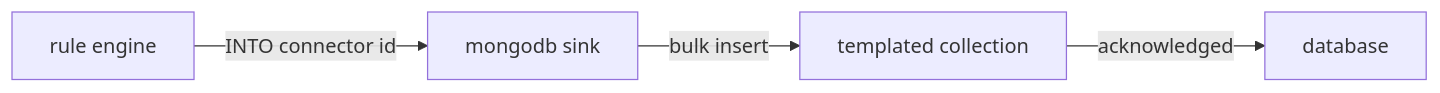
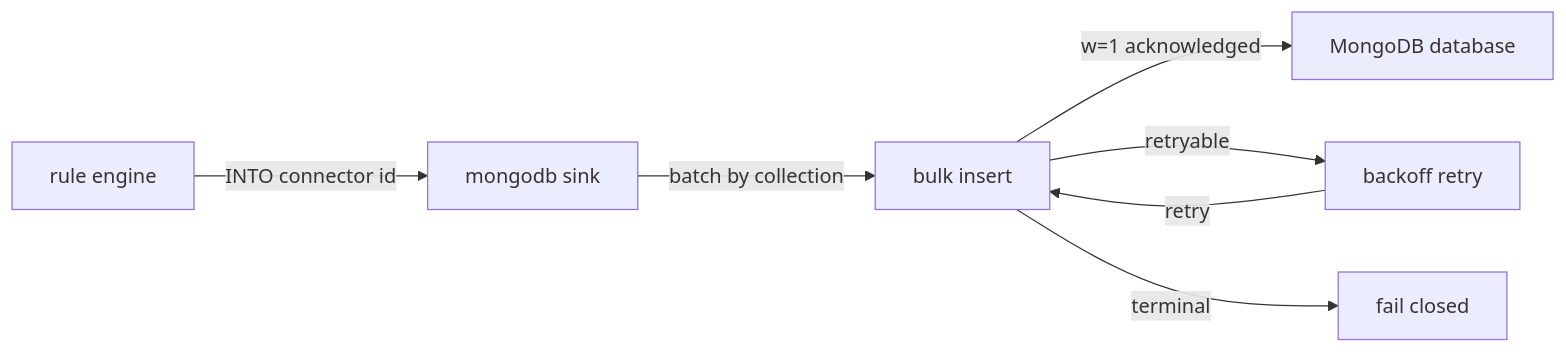
One commit to Indus-Stack/indramqtt changed the diagram in docs/connectors/mongodb.md. Above: the diagram before and after it, drawn with Mermaid. The commit also changed other lines of this file and 3 other files, not shown here.

````diff
--- a/docs/connectors/mongodb.md
+++ b/docs/connectors/mongodb.md
@@ -14,6 +14,9 @@
 ```mermaid
 flowchart LR
     Rule["rule engine"] -- "INTO connector id" --> Sink["mongodb sink"]
-    Sink -- "bulk insert" --> Coll["templated collection"]
-    Coll -- "acknowledged" --> Db["database"]
+    Sink -- "batch by collection" --> Bulk["bulk insert"]
+    Bulk -- "w=1 acknowledged" --> Db["MongoDB database"]
+    Bulk -- "retryable" --> Back["backoff retry"]
+    Back -- "retry" --> Bulk
+    Bulk -- "terminal" --> Drop["fail closed"]
 ```
````
